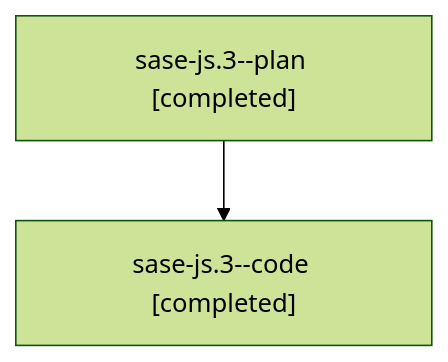
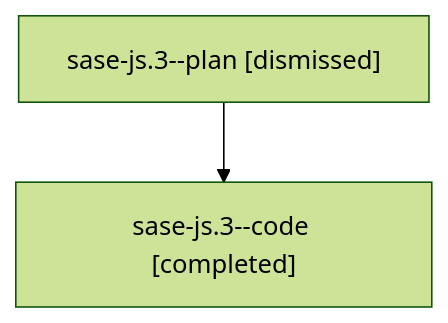
One commit to sase-org/sase--agents changed the diagram in families/bbugyi200.athena.sase-js.3.md. Above: the diagram before and after it, drawn with Mermaid (forest theme). The commit also changed other lines of this file and 1163 other files, not shown here.

````diff
--- a/families/bbugyi200.athena.sase-js.3.md
+++ b/families/bbugyi200.athena.sase-js.3.md
@@ -9,6 +9,6 @@
 ```mermaid
 flowchart TD
-  n0["sase-js.3--plan [completed]"]
+  n0["sase-js.3--plan [dismissed]"]
   n1["sase-js.3--code [completed]"]
   n0 --> n1
 ```
````
